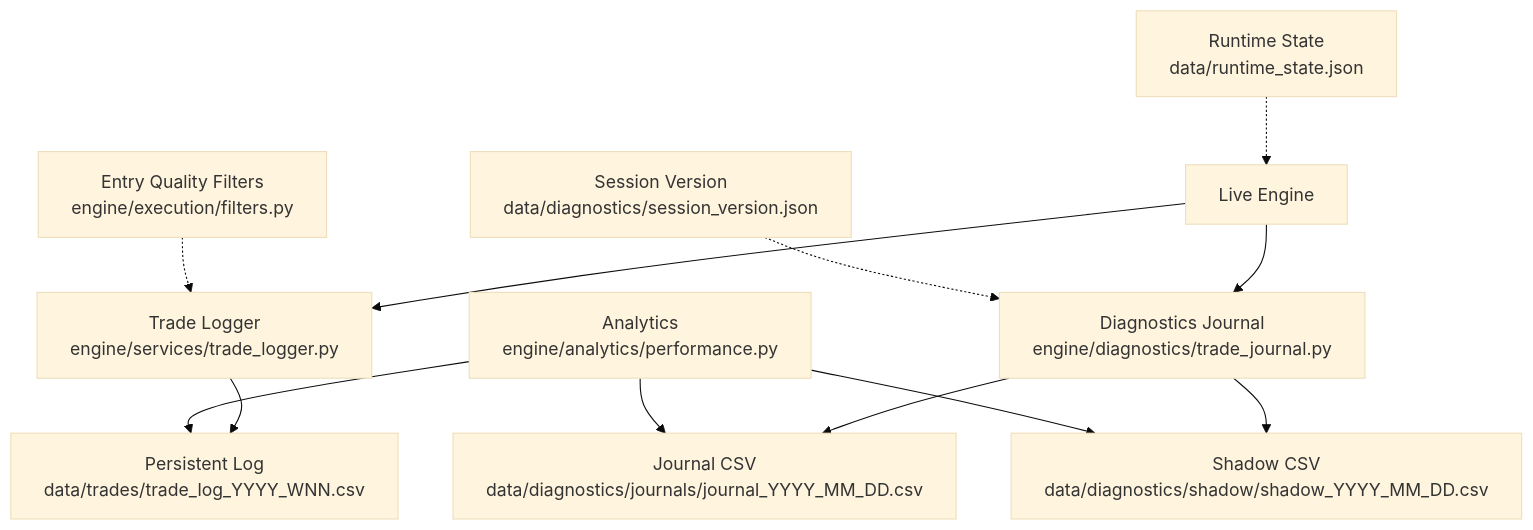
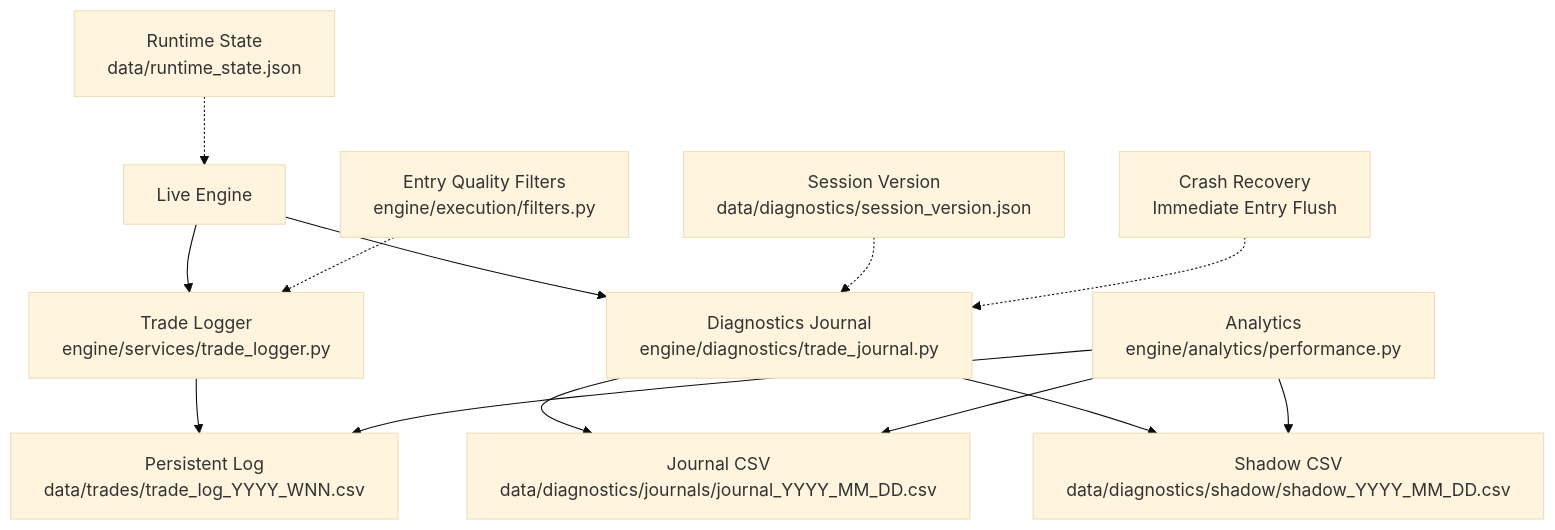
One commit to tauqeersiddiqui-art/tradingsystem changed the first of 6 diagrams in .qoder/repowiki/en/content/Monitoring and Analytics/Trade Journaling.md. Above: the diagram before and after it, drawn with Mermaid (base theme). The commit also changed other lines of this file and 60 other files, not shown here.

````diff
--- a/.qoder/repowiki/en/content/Monitoring and Analytics/Trade Journaling.md
+++ b/.qoder/repowiki/en/content/Monitoring and Analytics/Trade Journaling.md
@@ -50,14 +51,15 @@
 ```mermaid
 graph TB
 A["Live Engine"] --> B["Trade Logger<br/>engine/services/trade_logger.py"]
 A --> C["Diagnostics Journal<br/>engine/diagnostics/trade_journal.py"]
 B --> D["Persistent Log<br/>data/trades/trade_log_YYYY_WNN.csv"]
 C --> E["Journal CSV<br/>data/diagnostics/journals/journal_YYYY_MM_DD.csv"]
 C --> F["Shadow CSV<br/>data/diagnostics/shadow/shadow_YYYY_MM_DD.csv"]
 G["Analytics<br/>engine/analytics/performance.py"] --> D
 G --> E
 G --> F
 H["Session Version<br/>data/diagnostics/session_version.json"] -.-> C
 I["Runtime State<br/>data/runtime_state.json"] -.-> A
 J["Entry Quality Filters<br/>engine/execution/filters.py"] -.-> B
+K["Crash Recovery<br/>Immediate Entry Flush"] -.-> C
 ```
````
